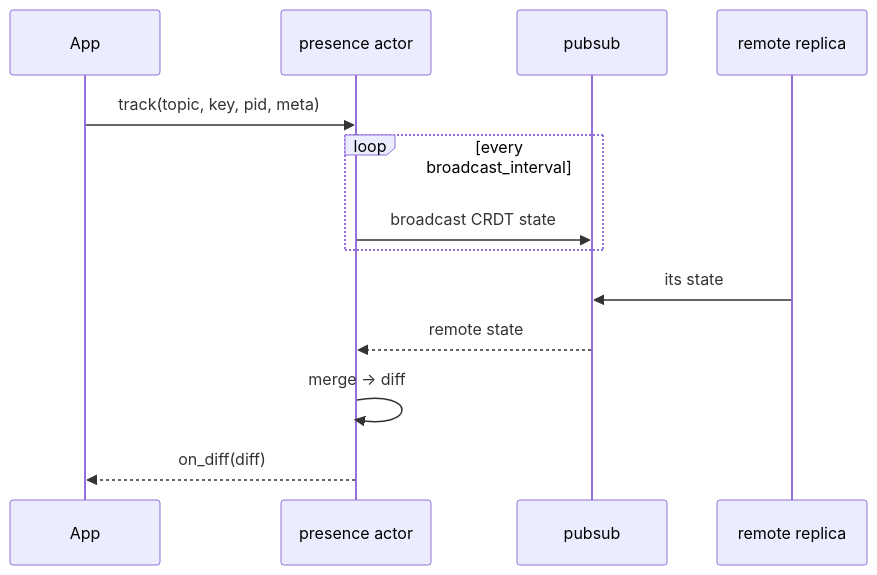
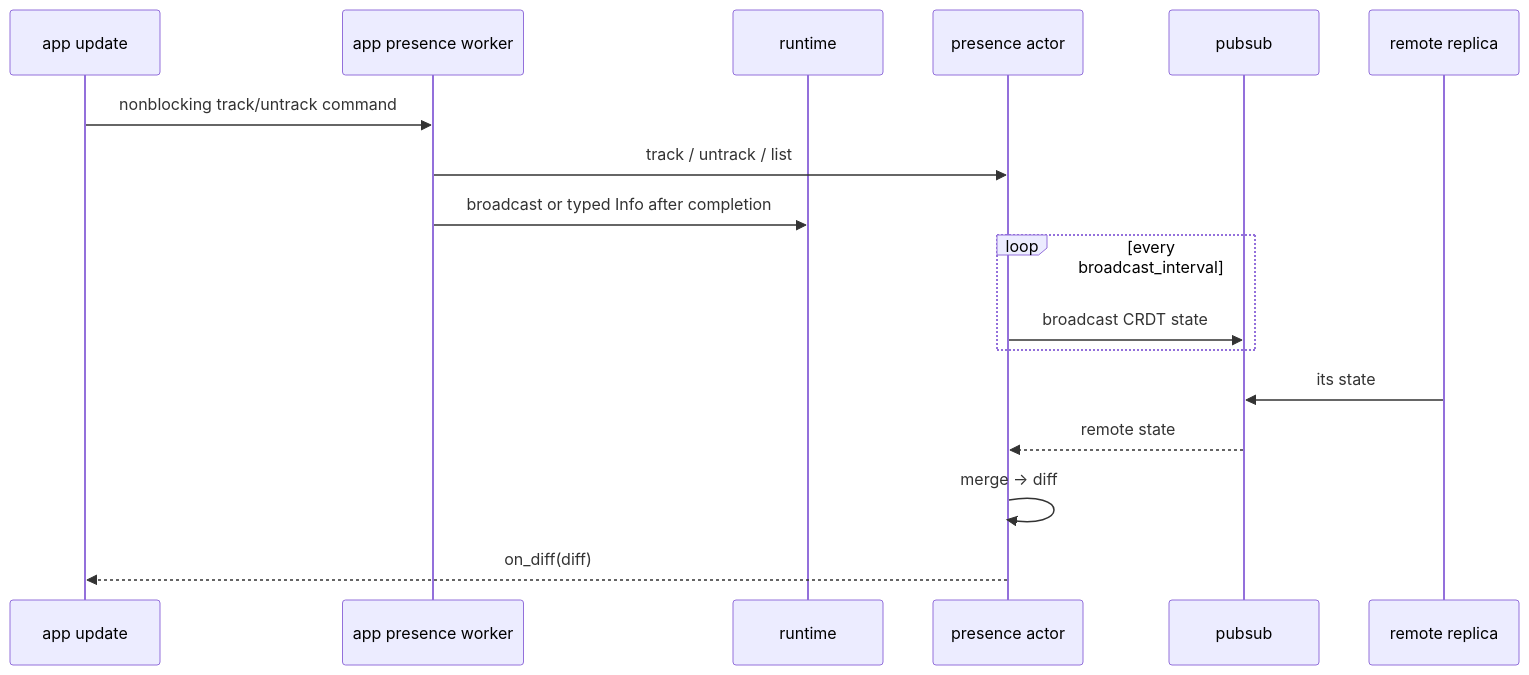
The diagram in website/src/content/docs/architecture/presence.md (tylerbutler/beryl), drawn with Mermaid before and after one commit. The commit also changed other lines of this file and 90 other files, not shown here.

````diff
--- a/website/src/content/docs/architecture/presence.md
+++ b/website/src/content/docs/architecture/presence.md
@@ -67,15 +78,19 @@
 ```mermaid
 sequenceDiagram
-  participant App
+  participant App as app update
+  participant Worker as app presence worker
+  participant Runtime as runtime
   participant Pres as presence actor
   participant PS as pubsub
   participant Remote as remote replica
-  App->>Pres: track(topic, key, pid, meta)
+  App->>Worker: nonblocking track/untrack command
+  Worker->>Pres: track / untrack / list
+  Worker->>Runtime: broadcast or typed Info after completion
   loop every broadcast_interval
     Pres->>PS: broadcast CRDT state
   end
   Remote->>PS: its state
   PS-->>Pres: remote state
   Pres->>Pres: merge -> diff
   Pres-->>App: on_diff(diff)
 ```
````
